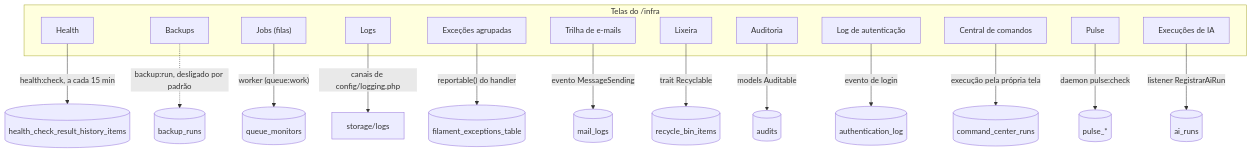
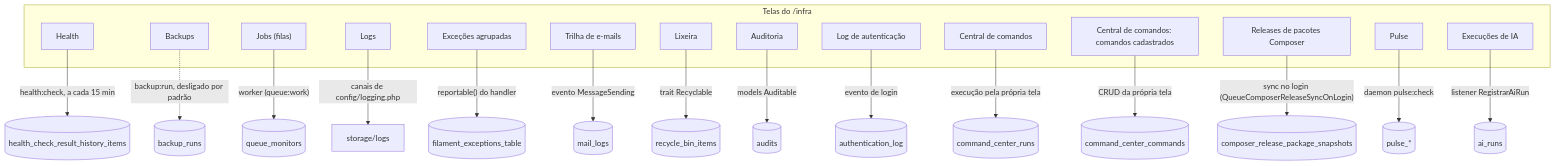
One commit to gsferro/filament-starter-kit-easy changed the diagram in docs/pt/recursos/trilhas-de-infraestrutura.md. Above: the diagram before and after it, drawn with Mermaid. The commit also changed other lines of this file and 7 other files, not shown here.

First line of the commit message:
:bug: fix(docs): quatro diagramas que afirmavam o que o codigo nao faz

````diff
--- a/docs/pt/recursos/trilhas-de-infraestrutura.md
+++ b/docs/pt/recursos/trilhas-de-infraestrutura.md
@@ -27,32 +27,36 @@
 ```mermaid
 flowchart TD
 %% DG-12
 accTitle: Mapa do /infra: tela, fonte e quem grava
 accDescr: Cada tela do painel /infra liga-se à tabela ou fonte que mostra e a quem grava nela; o backup está desligado por padrão, e o health é agendado a cada 15 minutos.
   subgraph telas ["Telas do /infra"]
     tela_health["Health"]
     tela_backups["Backups"]
     tela_jobs["Jobs (filas)"]
     tela_logs["Logs"]
     tela_excecoes["Exceções agrupadas"]
     tela_email["Trilha de e-mails"]
     tela_lixeira["Lixeira"]
     tela_auditoria["Auditoria"]
     tela_log_acesso["Log de autenticação"]
     tela_comandos["Central de comandos"]
+    tela_comandos_cadastro["Central de comandos: comandos cadastrados"]
+    tela_pacotes["Releases de pacotes Composer"]
     tela_pulse["Pulse"]
     tela_ia["Execuções de IA"]
   end
   tela_health -->|"health:check, a cada 15 min"| health_store[("health_check_result_history_items")]
   tela_backups -.->|"backup:run, desligado por padrão"| backup_runs[("backup_runs")]
   tela_jobs -->|"worker (queue:work)"| queue_monitors[("queue_monitors")]
   tela_logs -->|"canais de config/logging.php"| storage_logs["storage/logs"]
   tela_excecoes -->|"reportable() do handler"| filament_exceptions[("filament_exceptions_table")]
   tela_email -->|"evento MessageSending"| mail_logs[("mail_logs")]
   tela_lixeira -->|"trait Recyclable"| recycle_bin[("recycle_bin_items")]
   tela_auditoria -->|"models Auditable"| audits[("audits")]
   tela_log_acesso -->|"evento de login"| authentication_log[("authentication_log")]
   tela_comandos -->|"execução pela própria tela"| command_center_runs[("command_center_runs")]
+  tela_comandos_cadastro -->|"CRUD da própria tela"| command_center_commands[("command_center_commands")]
+  tela_pacotes -->|"sync no login (QueueComposerReleaseSyncOnLogin)"| composer_release_snapshots[("composer_release_package_snapshots")]
   tela_pulse -->|"daemon pulse:check"| pulse_tabelas[("pulse_*")]
   tela_ia -->|"listener RegistrarAiRun"| ai_runs[("ai_runs")]
 ```
````
